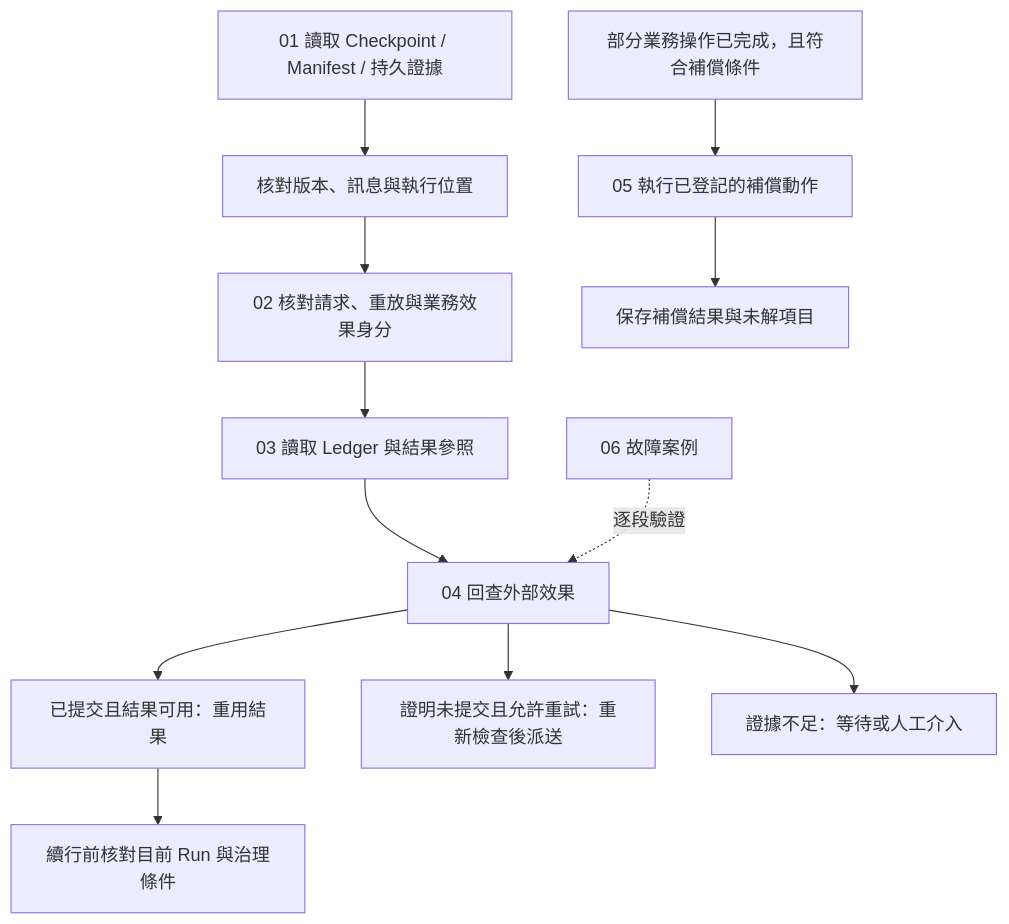
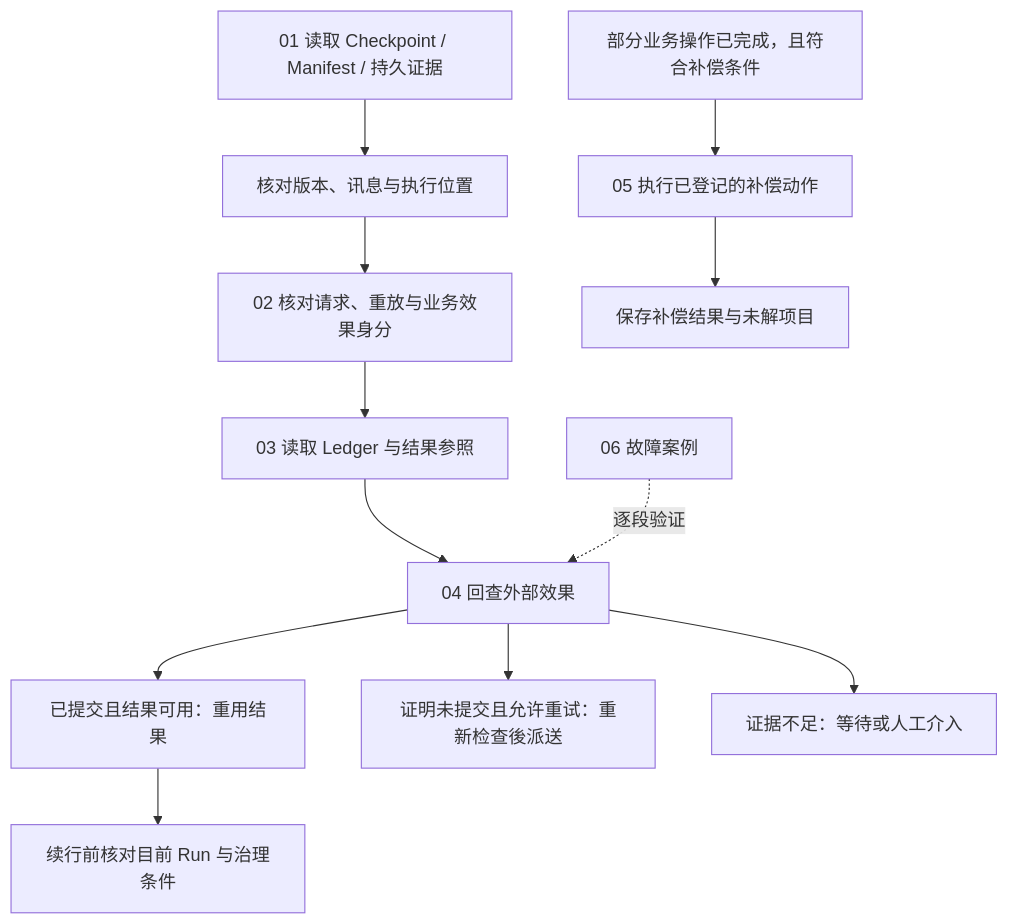
Before and after one commit to HsienW/gun-harness-engineering: the diagram in agent-runtime/effects-and-recovery/README-zh-CN.md, drawn with Mermaid. The commit also changed other lines of this file and 12 other files, not shown here.

First line of the commit message:
docs(runtime-recovery): complete the English guide and localize recovery flows

````diff
--- a/agent-runtime/effects-and-recovery/README-zh-CN.md
+++ b/agent-runtime/effects-and-recovery/README-zh-CN.md
@@ -30,14 +30,14 @@
 ```mermaid
 flowchart TD
-    Load[01 讀取 Checkpoint / Manifest / 持久證據] --> Valid[核對版本、訊息與執行位置]
-    Valid --> Identity[02 核對請求、重放與業務效果身分]
-    Identity --> Ledger[03 讀取 Ledger 與結果參照]
+    Load[01 读取 Checkpoint / Manifest / 持久证据] --> Valid[核对版本、讯息与执行位置]
+    Valid --> Identity[02 核对请求、重放与业务效果身分]
+    Identity --> Ledger[03 读取 Ledger 与结果参照]
     Ledger --> Evidence[04 回查外部效果]
-    Evidence --> Reuse[已提交且結果可用：重用結果]
-    Evidence --> Retry[證明未提交且允許重試：重新檢查後派送]
-    Evidence --> Park[證據不足：等待或人工介入]
-    Reuse --> Continue[續行前核對目前 Run 與治理條件]
-    Partial[部分業務操作已完成，且符合補償條件] --> Compensate[05 執行已登記的補償動作]
-    Compensate --> Record[保存補償結果與未解項目]
-    Case[06 故障案例] -. 逐段驗證 .-> Evidence
+    Evidence --> Reuse[已提交且结果可用：重用结果]
+    Evidence --> Retry[证明未提交且允许重试：重新检查後派送]
+    Evidence --> Park[证据不足：等待或人工介入]
+    Reuse --> Continue[续行前核对目前 Run 与治理条件]
+    Partial[部分业务操作已完成，且符合补偿条件] --> Compensate[05 执行已登记的补偿动作]
+    Compensate --> Record[保存补偿结果与未解项目]
+    Case[06 故障案例] -. 逐段验证 .-> Evidence
 ```
````
